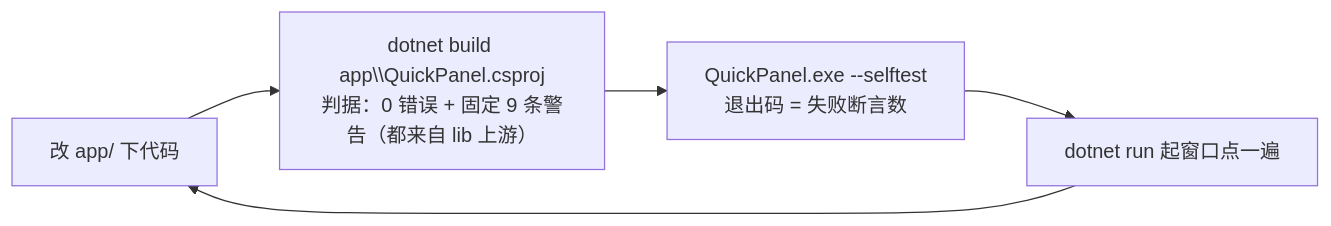
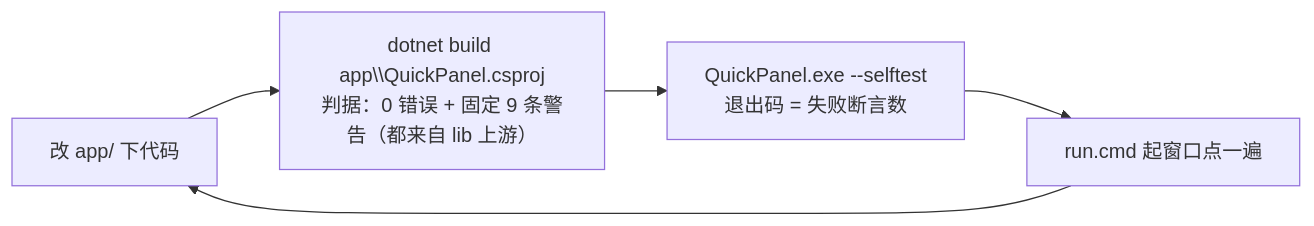
Before and after one commit to MagicFollower/winapp_webapp_skills: the eighth of 12 diagrams in WPF_dotnet10/示例项目3（Windows快捷工具面板）/QuickPanel/README.md, drawn with Mermaid. The commit also changed other lines of this file and 9 other files, not shown here.

````diff
--- a/WPF_dotnet10/示例项目3（Windows快捷工具面板）/QuickPanel/README.md
+++ b/WPF_dotnet10/示例项目3（Windows快捷工具面板）/QuickPanel/README.md
@@ -318,7 +318,7 @@
 ```mermaid
 flowchart LR
     E["改 app/ 下代码"] --> B["dotnet build app\\QuickPanel.csproj<br/>判据：0 错误 + 固定 9 条警告（都来自 lib 上游）"]
     B --> S["QuickPanel.exe --selftest<br/>退出码 = 失败断言数"]
-    S --> R["dotnet run 起窗口点一遍"]
+    S --> R["run.cmd 起窗口点一遍"]
     R --> E
 ```
````
